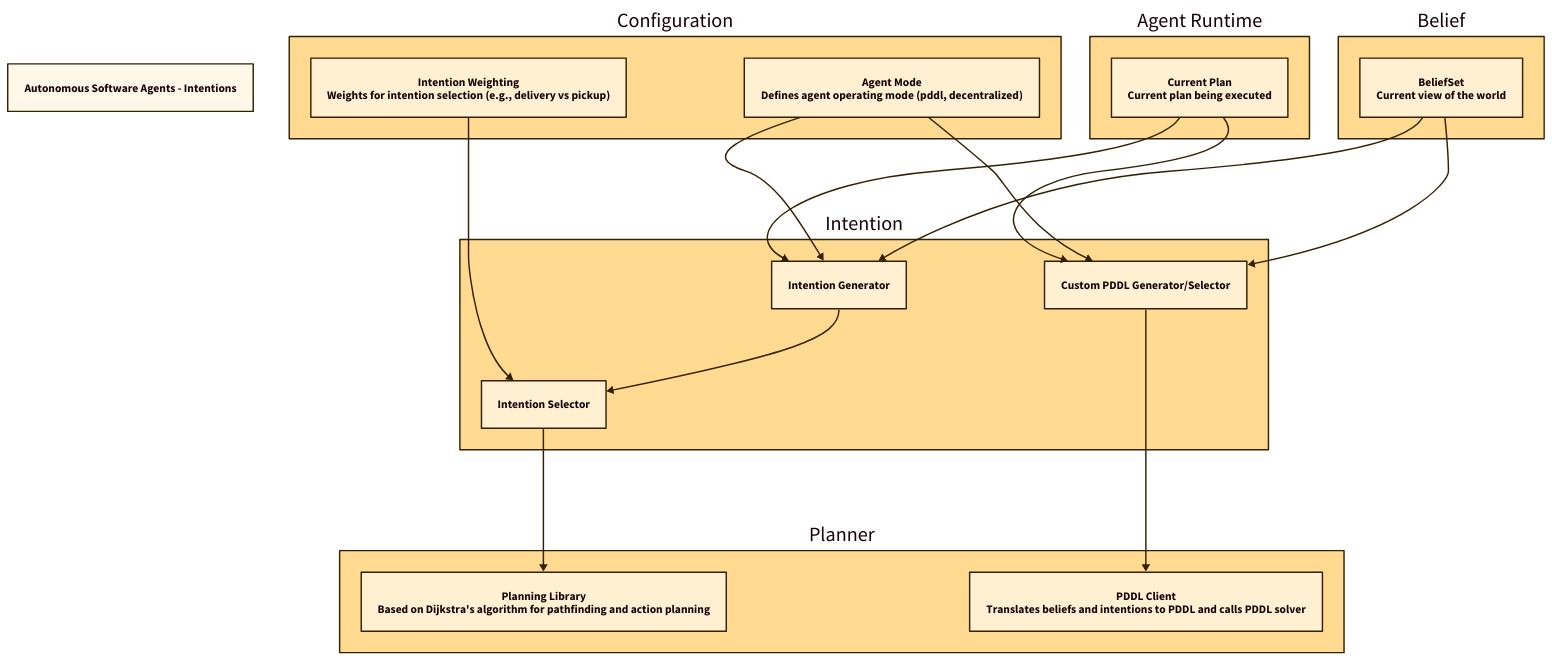
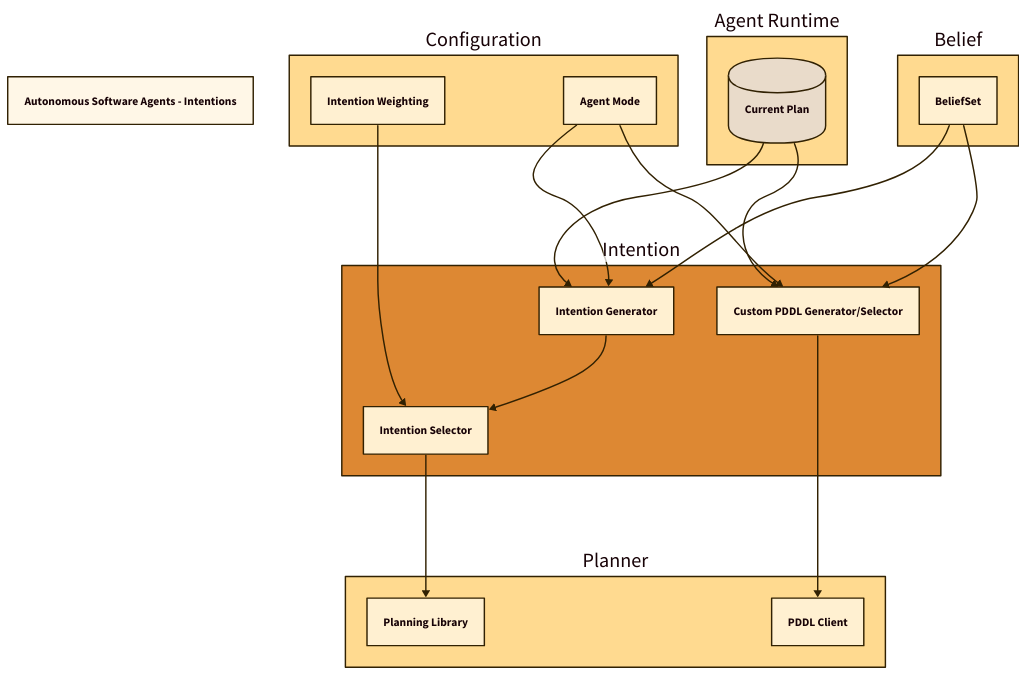
The diagram in presentation/diagrams/intentions.d2 (LuigiMiazzo17/unitn-autonomusSoftwareAgents), drawn with D2 before and after one commit. The commit also changed 7 other files, not shown here. The source asks for the TALA layout; these drawings use dagre instead.

```diff
--- a/presentation/diagrams/intentions.d2
+++ b/presentation/diagrams/intentions.d2
@@ -1,68 +1,72 @@
 title: "Autonomous Software Agents - Intentions"
 
 vars: {
   d2-config: {
     layout-engine: tala
     theme-id: 105
   }
 }
 
 beliefs: {
   label: "Belief"
   state: {
-    label: "BeliefSet\nCurrent view of the world"
+    label: "BeliefSet"
   }
 }
 
 agentRuntime: {
   label: "Agent Runtime"
   plan: {
-    label: "Current Plan\nCurrent plan being executed"
+    label: "Current Plan"
+    shape: cylinder
   }
 }
 
 intention: {
   label: "Intention"
+  style: {
+    fill: "#dd8833"
+  }
   generator: {
     label: "Intention Generator"
   }
   selector: {
     label: "Intention Selector"
   }
   pddl: {
     label: "Custom PDDL Generator/Selector"
   }
 }
 
 planner: {
   label: "Planner"
   lib: {
-    label: "Planning Library\nBased on Dijkstra's algorithm for pathfinding and action planning"
+    label: "Planning Library"
   }
   pddl: {
-    label: "PDDL Client\nTranslates beliefs and intentions to PDDL and calls PDDL solver"
+    label: "PDDL Client"
   }
 }
 
 configuration: {
   label: "Configuration"
   mode: {
-    label: "Agent Mode\nDefines agent operating mode (pddl, decentralized)"
+    label: "Agent Mode"
   }
   intentionWeighting: {
-    label: "Intention Weighting\nWeights for intention selection (e.g., delivery vs pickup)"
+    label: "Intention Weighting"
   }
 }
 
 beliefs.state -> intention.pddl
 
 configuration.mode -> intention.pddl
 intention.pddl -> planner.pddl
 beliefs.state -> intention.generator
 configuration.mode -> intention.generator
 intention.generator -> intention.selector
 configuration.intentionWeighting -> intention.selector
 
 intention.selector -> planner.lib
 agentRuntime.plan -> intention.generator
 agentRuntime.plan -> intention.pddl
```
